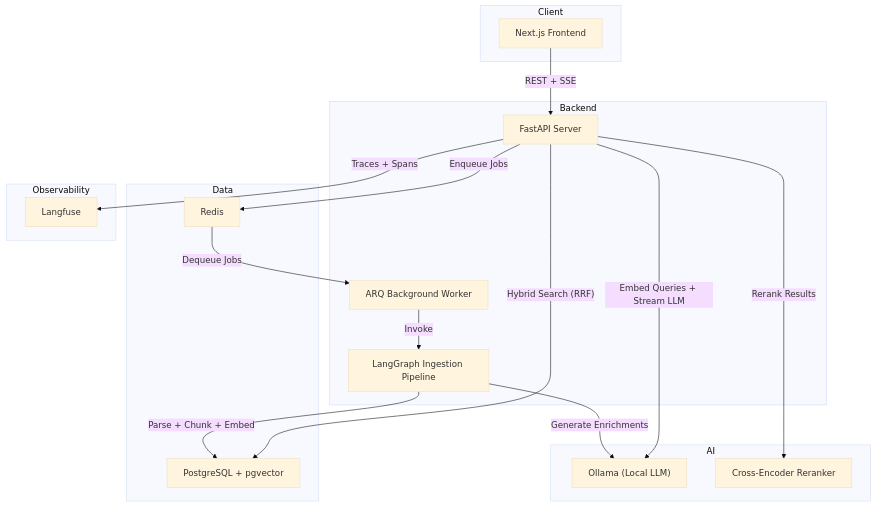
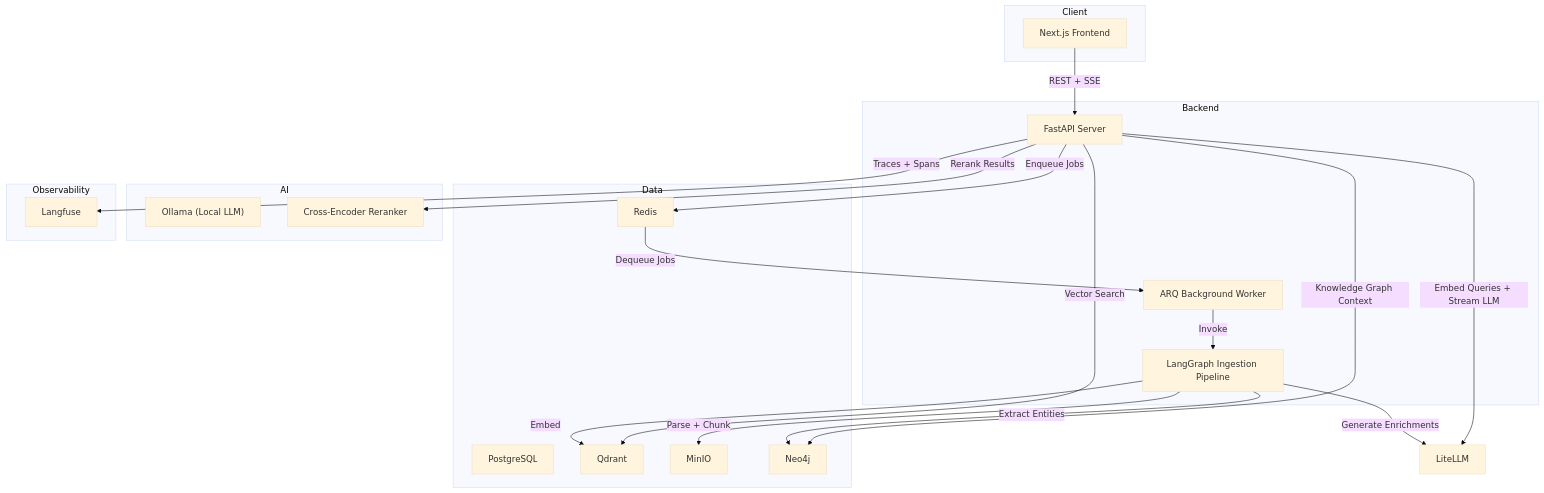
One commit to Tusharyadav21/artha changed the first of 2 diagrams in README.md. Above: the diagram before and after it, drawn with Mermaid (base theme). The commit also changed other lines of this file and 307 other files, not shown here.

Commit message:
chore: production hardening, observability, architecture unification, and testing

````diff
--- a/README.md
+++ b/README.md
@@ -61,37 +81,43 @@
 ```mermaid
 graph TB
     subgraph Client
         FE["Next.js Frontend"]
     end
 
     subgraph Backend
         API["FastAPI Server"]
         Worker["ARQ Background Worker"]
         LGI["LangGraph Ingestion Pipeline"]
     end
 
     subgraph Data
-        PG["PostgreSQL + pgvector"]
+        PG["PostgreSQL"]
+        Qdrant["Qdrant"]
+        MinIO["MinIO"]
+        Neo4j["Neo4j"]
         Redis["Redis"]
     end
 
     subgraph AI
         Ollama["Ollama (Local LLM)"]
         Reranker["Cross-Encoder Reranker"]
     end
 
     subgraph Observability
         LF["Langfuse"]
     end
 
     FE -- "REST + SSE" --> API
     API -- "Enqueue Jobs" --> Redis
     Redis -- "Dequeue Jobs" --> Worker
     Worker -- "Invoke" --> LGI
-    LGI -- "Parse + Chunk + Embed" --> PG
-    LGI -- "Generate Enrichments" --> Ollama
-    API -- "Hybrid Search (RRF)" --> PG
-    API -- "Embed Queries + Stream LLM" --> Ollama
+    LGI -- "Parse + Chunk" --> MinIO
+    LGI -- "Embed" --> Qdrant
+    LGI -- "Extract Entities" --> Neo4j
+    LGI -- "Generate Enrichments" --> LiteLLM
+    API -- "Vector Search" --> Qdrant
+    API -- "Knowledge Graph Context" --> Neo4j
+    API -- "Embed Queries + Stream LLM" --> LiteLLM
     API -- "Rerank Results" --> Reranker
     API -- "Traces + Spans" --> LF
 ```
````
